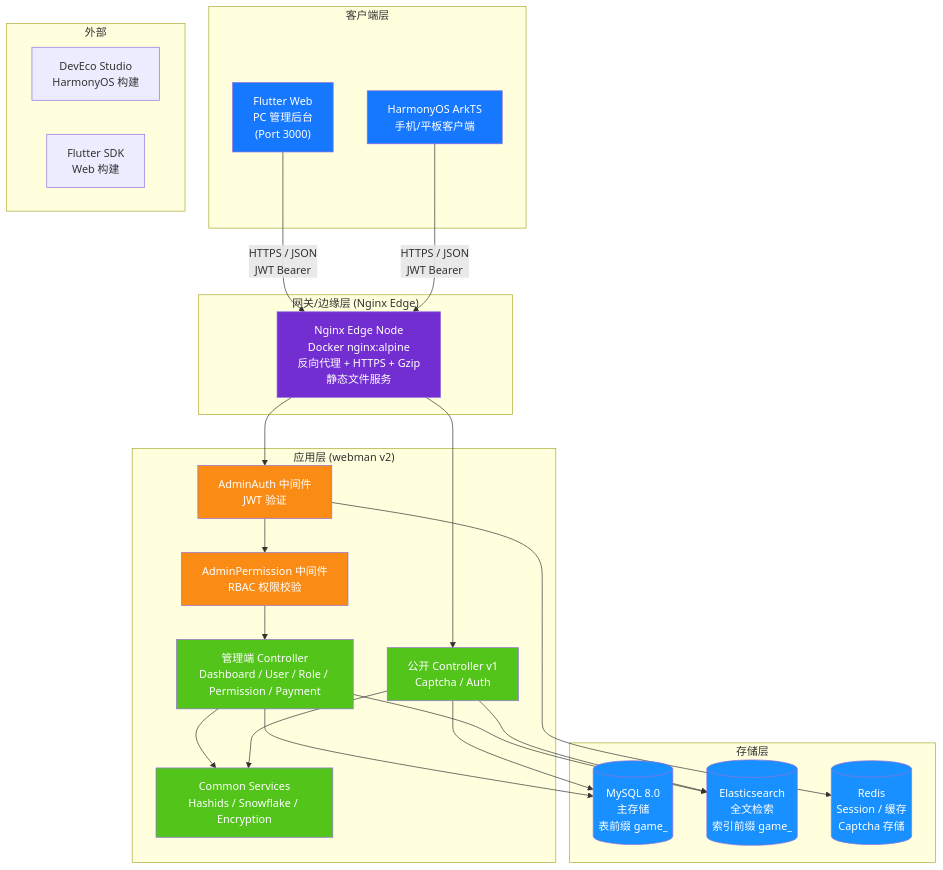
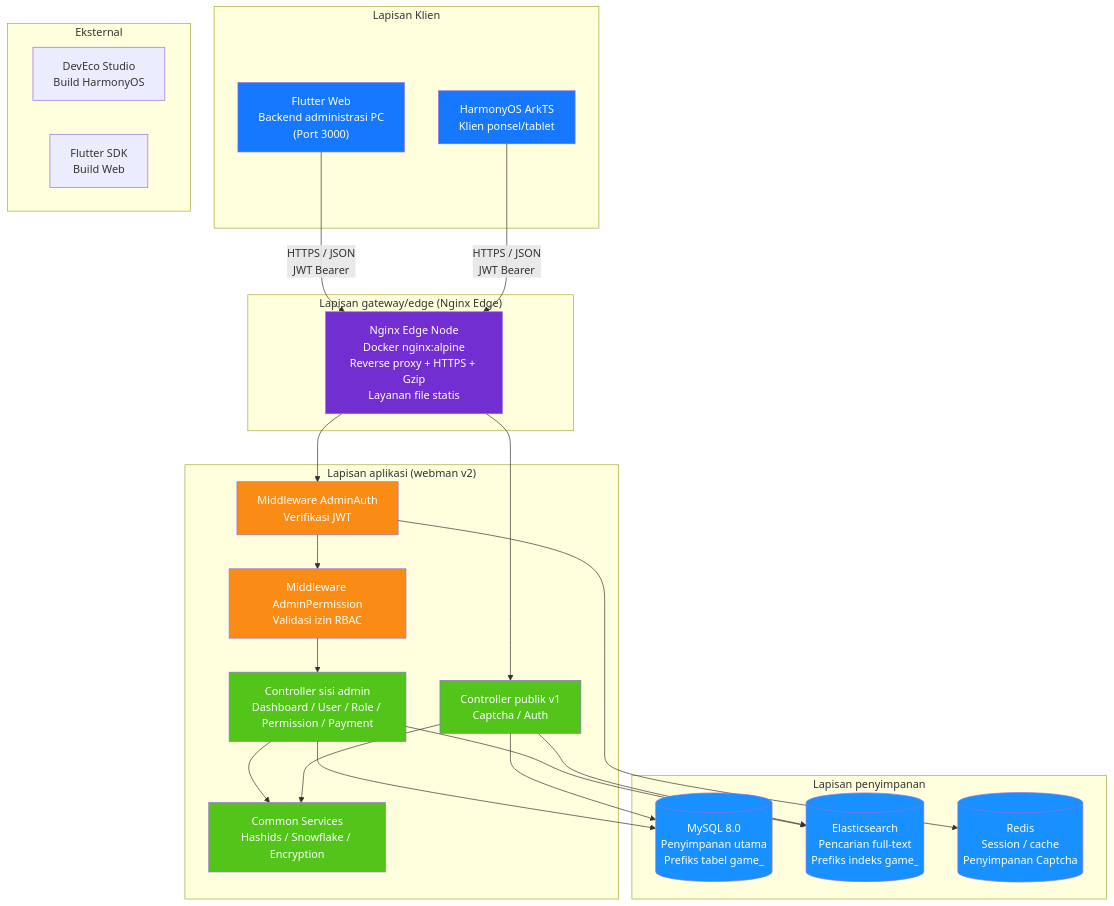
One commit to erikwang2013/game-platform-php changed the first of 14 diagrams in admin/docs/ARCHITECTURE.id.md. Above: the diagram before and after it, drawn with Mermaid. The commit also changed other lines of this file and 211 other files, not shown here.

First line of the commit message:
fix: 支付配置读回类型根治、提现事件对账巡检，12 语族 mermaid 与 API 标签本地化

````diff
--- a/admin/docs/ARCHITECTURE.id.md
+++ b/admin/docs/ARCHITECTURE.id.md
@@ -15,56 +15,56 @@
 ```mermaid
 flowchart TB
-    subgraph "客户端层"
-        A1["Flutter Web<br/>PC 管理后台<br/>(Port 3000)"]
-        A2["HarmonyOS ArkTS<br/>手机/平板客户端"]
+    subgraph "Lapisan Klien"
+        A1["Flutter Web<br/>Backend administrasi PC<br/>(Port 3000)"]
+        A2["HarmonyOS ArkTS<br/>Klien ponsel/tablet"]
     end
 
-    subgraph "网关/边缘层 (Nginx Edge)"
-        B1["Nginx Edge Node<br/>Docker nginx:alpine<br/>反向代理 + HTTPS + Gzip<br/>静态文件服务"]
+    subgraph "Lapisan gateway/edge (Nginx Edge)"
+        B1["Nginx Edge Node<br/>Docker nginx:alpine<br/>Reverse proxy + HTTPS + Gzip<br/>Layanan file statis"]
     end
 
-    subgraph "应用层 (webman v2)"
-        C1["AdminAuth 中间件<br/>JWT 验证"]
-        C2["AdminPermission 中间件<br/>RBAC 权限校验"]
-        C3["管理端 Controller<br/>Dashboard / User / Role / Permission / Payment"]
-        C4["公开 Controller v1<br/>Captcha / Auth"]
+    subgraph "Lapisan aplikasi (webman v2)"
+        C1["Middleware AdminAuth<br/>Verifikasi JWT"]
+        C2["Middleware AdminPermission<br/>Validasi izin RBAC"]
+        C3["Controller sisi admin<br/>Dashboard / User / Role / Permission / Payment"]
+        C4["Controller publik v1<br/>Captcha / Auth"]
         C5["Common Services<br/>Hashids / Snowflake / Encryption"]
     end
 
-    subgraph "存储层"
-        D1[("MySQL 8.0<br/>主存储<br/>表前缀 game_")]
-        D2[("Elasticsearch<br/>全文检索<br/>索引前缀 game_")]
-        D3[("Redis<br/>Session / 缓存<br/>Captcha 存储")]
+    subgraph "Lapisan penyimpanan"
+        D1[("MySQL 8.0<br/>Penyimpanan utama<br/>Prefiks tabel game_")]
+        D2[("Elasticsearch<br/>Pencarian full-text<br/>Prefiks indeks game_")]
+        D3[("Redis<br/>Session / cache<br/>Penyimpanan Captcha")]
     end
 
-    subgraph "外部"
-        E1["DevEco Studio<br/>HarmonyOS 构建"]
-        E2["Flutter SDK<br/>Web 构建"]
+    subgraph "Eksternal"
+        E1["DevEco Studio<br/>Build HarmonyOS"]
+        E2["Flutter SDK<br/>Build Web"]
     end
 
     A1 -->|"HTTPS / JSON<br/>JWT Bearer"| B1
     A2 -->|"HTTPS / JSON<br/>JWT Bearer"| B1
     B1 --> C1
     C1 --> C2
     C2 --> C3
     B1 --> C4
     C3 --> C5
     C4 --> C5
     C3 --> D1
     C4 --> D1
     C3 --> D2
     C4 --> D2
     C1 --> D3
 
     style A1 fill:#1677FF,color:#fff
     style A2 fill:#1677FF,color:#fff
     style B1 fill:#722ED1,color:#fff
     style C1 fill:#FA8C16,color:#fff
     style C2 fill:#FA8C16,color:#fff
     style C3 fill:#52C41A,color:#fff
     style C4 fill:#52C41A,color:#fff
     style C5 fill:#52C41A,color:#fff
     style D1 fill:#1890FF,color:#fff
     style D2 fill:#1890FF,color:#fff
     style D3 fill:#1890FF,color:#fff
 ```
````
